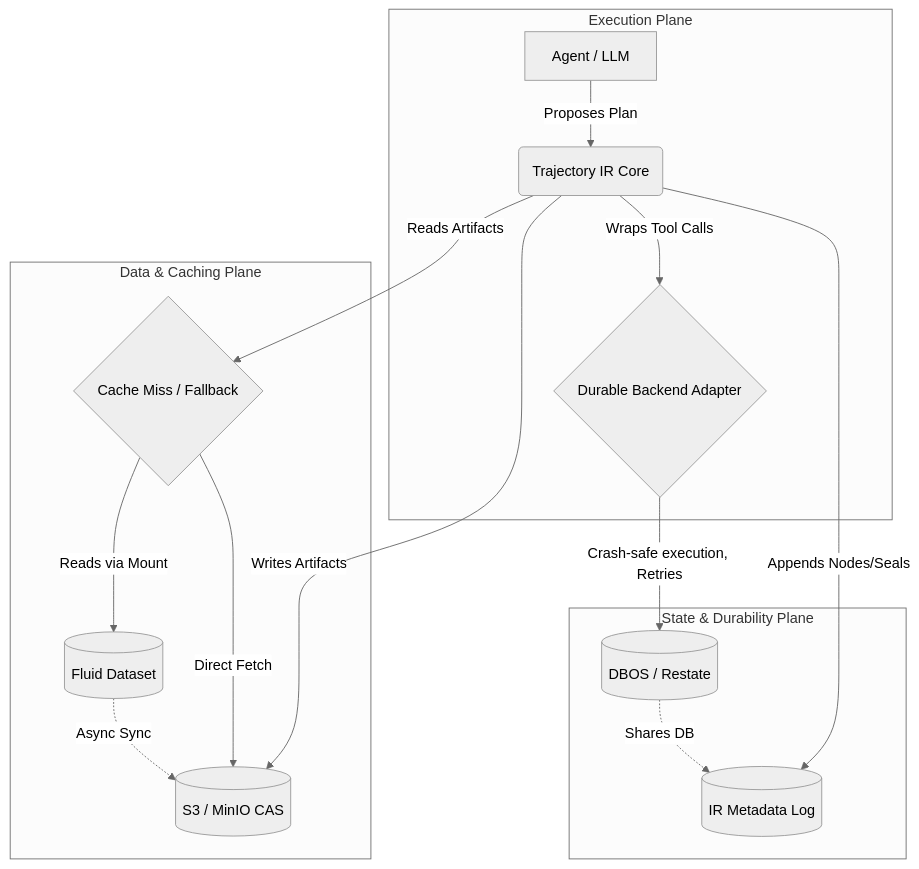
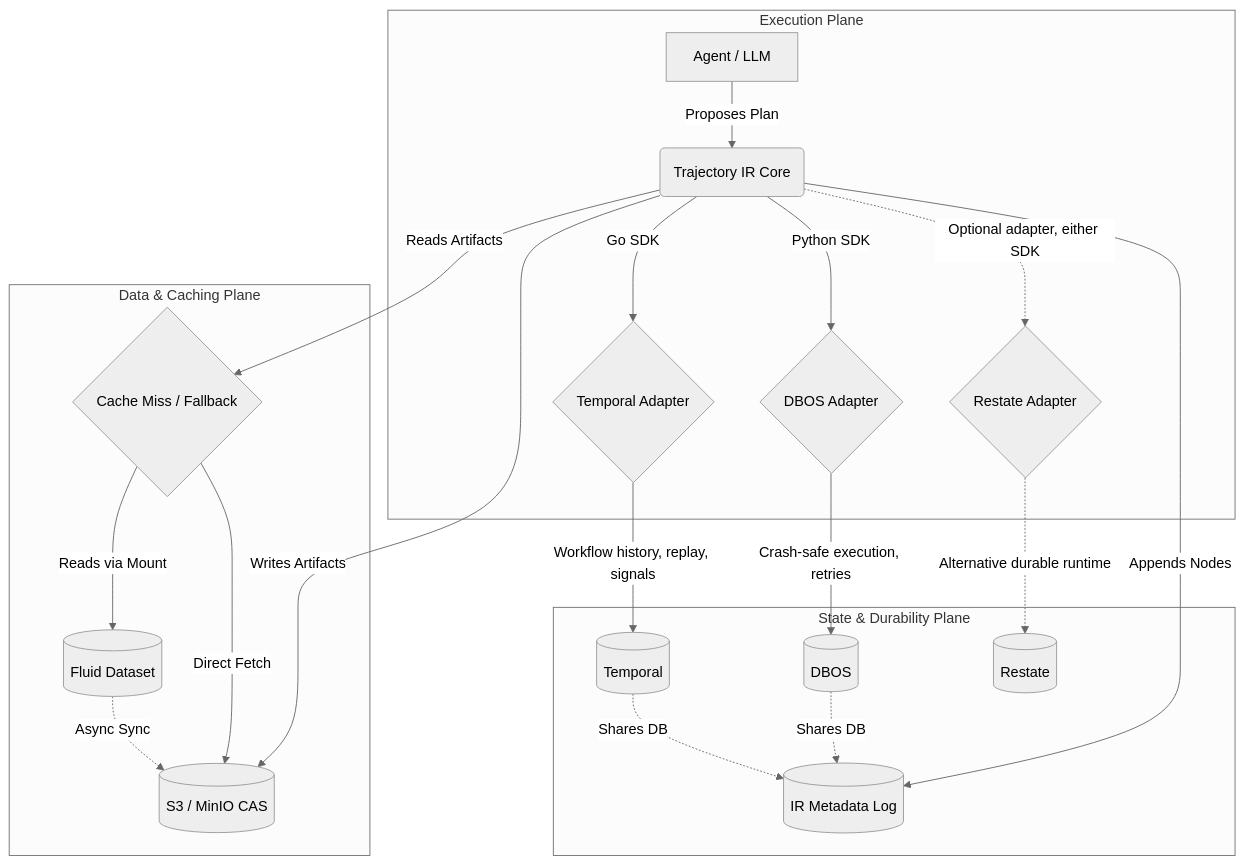
Before and after one commit to Coder-s-OG-s/Trajectory_IR-website: the first of 2 diagrams in content/docs/infrastructure.mdx, drawn with Mermaid (neutral theme). The commit also changed other lines of this file, not shown here.

First line of the commit message:
docs: fix infrastructure storage schema and add Go/Temporal backend

````diff
--- a/content/docs/infrastructure.mdx
+++ b/content/docs/infrastructure.mdx
@@ -16,21 +18,26 @@
 ```mermaid
 flowchart TD
     subgraph Execution Plane
         A[Agent / LLM] -->|Proposes Plan| B(Trajectory IR Core)
-        B -->|Wraps Tool Calls| C{Durable Backend Adapter}
+        B -->|Python SDK| CP{DBOS Adapter}
+        B -->|Go SDK| CG{Temporal Adapter}
+        B -.->|Optional adapter, either SDK| CR{Restate Adapter}
     end
 
     subgraph State & Durability Plane
-        C -->|Crash-safe execution, Retries| D[(DBOS / Restate)]
-        B -->|Appends Nodes/Seals| E[(IR Metadata Log)]
-        D -.->|Shares DB| E
+        CP -->|Crash-safe execution, retries| DP[(DBOS)]
+        CG -->|Workflow history, replay, signals| DG[(Temporal)]
+        CR -.->|Alternative durable runtime| DR[(Restate)]
+        B -->|Appends Nodes| E[(IR Metadata Log)]
+        DP -.->|Shares DB| E
+        DG -.->|Shares DB| E
     end
 
     subgraph Data & Caching Plane
         B -->|Writes Artifacts| F[(S3 / MinIO CAS)]
         B -->|Reads Artifacts| G{Cache Miss / Fallback}
         G -->|Direct Fetch| F
         G -->|Reads via Mount| H[(Fluid Dataset)]
         H -.->|Async Sync| F
     end
 ```
````
